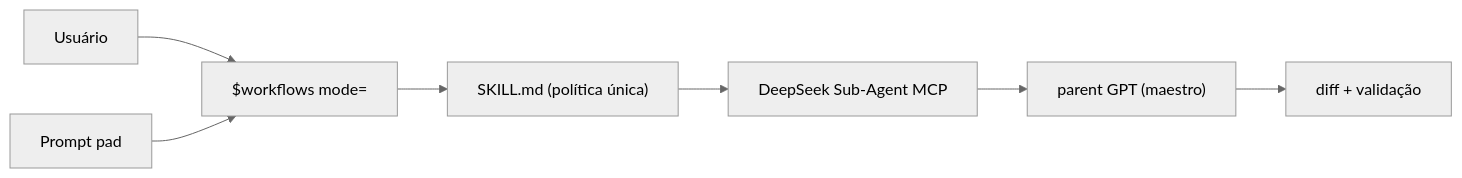
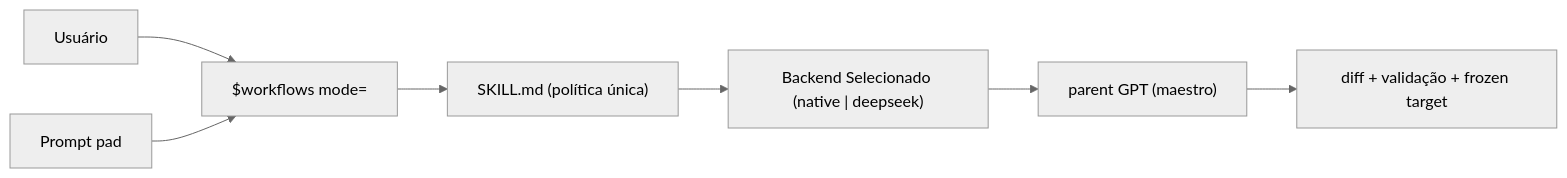
One commit to CheekyCodexConjurer/codex-workflows-kit changed the diagram in README.md. Above: the diagram before and after it, drawn with Mermaid (neutral theme). The commit also changed other lines of this file and 19 other files, not shown here.

```diff
--- a/README.md
+++ b/README.md
@@ -125,9 +119,9 @@
 ~~~mermaid
 flowchart LR
     USER["Usuário"] --> WF["$workflows mode=<MODE>"]
     PAD["Prompt pad"] --> WF
     WF --> RULES["SKILL.md (política única)"]
-    RULES --> MCP["DeepSeek Sub-Agent MCP"]
-    MCP --> PARENT["parent GPT (maestro)"]
-    PARENT --> GATE["diff + validação"]
+    RULES --> BACKEND["Backend Selecionado (native | deepseek)"]
+    BACKEND --> PARENT["parent GPT (maestro)"]
+    PARENT --> GATE["diff + validação + frozen target"]
 ~~~
```
